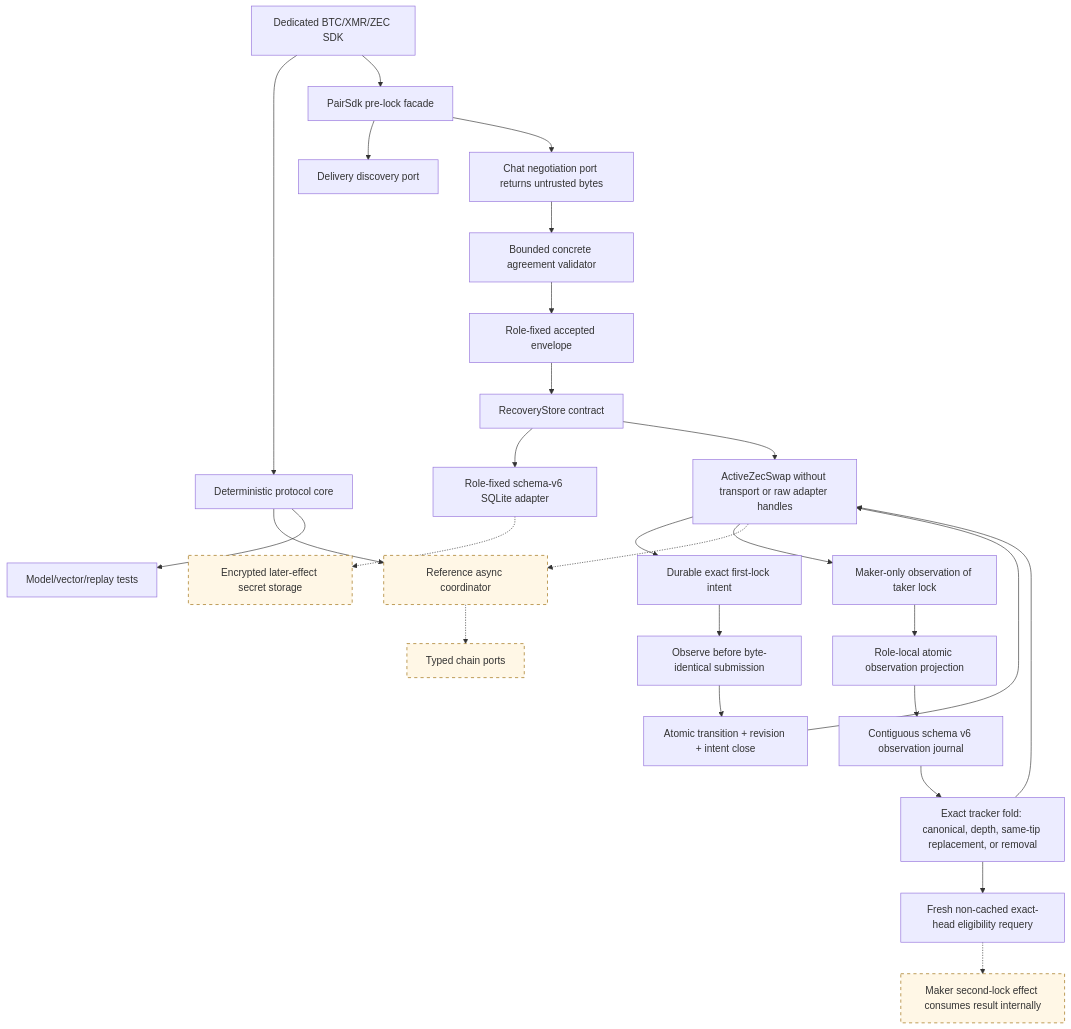
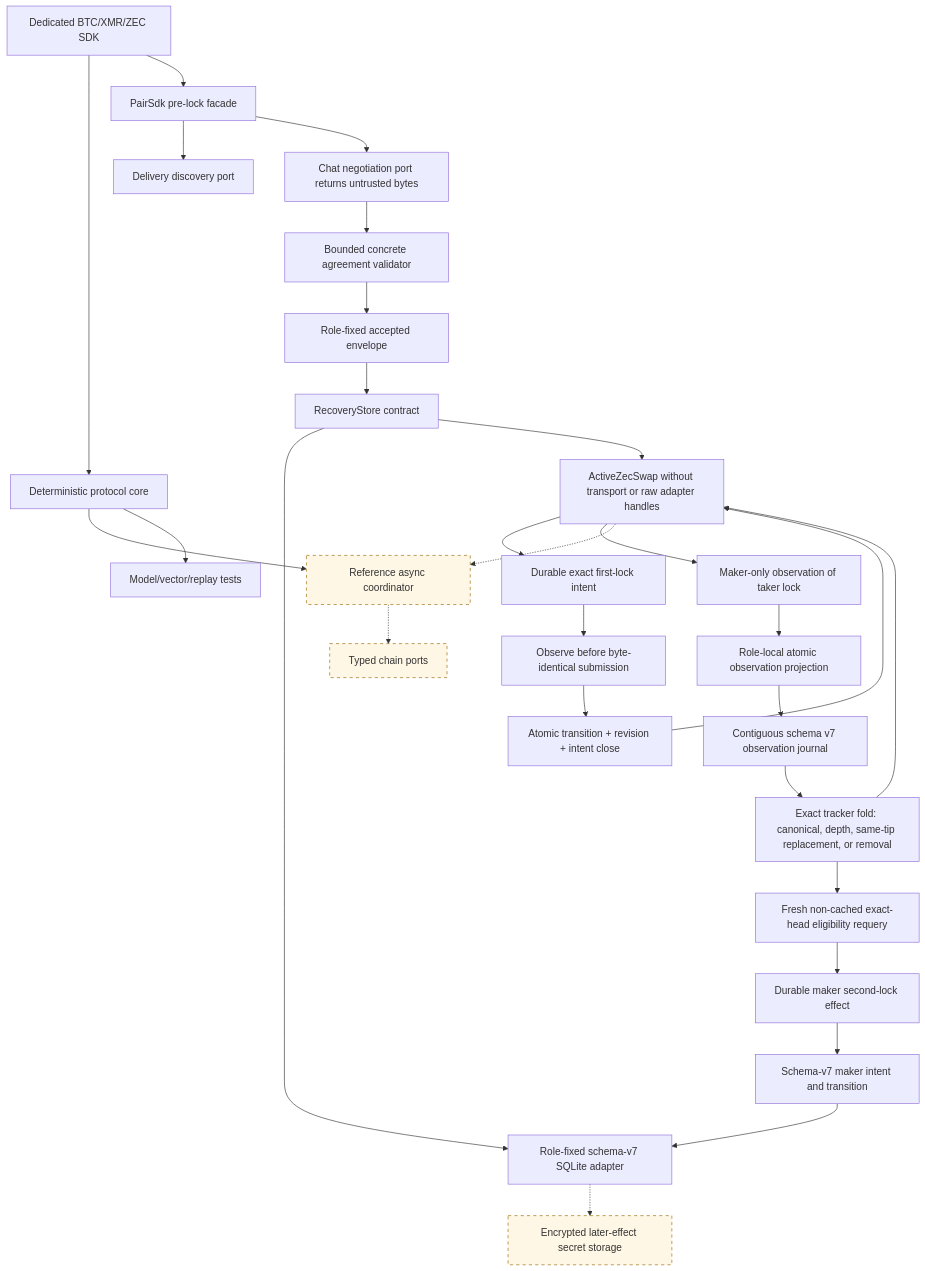
One commit to gateway-fm/lez-atomic-swaps changed the diagram in docs/architecture/0013-sdk-layering.md. Above: the diagram before and after it, drawn with Mermaid. The commit also changed other lines of this file and 24 other files, not shown here.

Commit message:
feat: persist fresh-gated maker locks

````diff
--- a/docs/architecture/0013-sdk-layering.md
+++ b/docs/architecture/0013-sdk-layering.md
@@ -7,31 +7,33 @@
 ```mermaid
 flowchart TB
     Pair["Dedicated BTC/XMR/ZEC SDK"] --> Core["Deterministic protocol core"]
     Pair --> Facade["PairSdk pre-lock facade"]
     Facade --> Discovery["Delivery discovery port"]
     Facade --> Negotiation["Chat negotiation port returns untrusted bytes"]
     Negotiation --> Validator["Bounded concrete agreement validator"]
     Validator --> Accepted["Role-fixed accepted envelope"]
     Accepted --> Store["RecoveryStore contract"]
-    Store --> SQLite["Role-fixed schema-v6 SQLite adapter"]
+    Store --> SQLite["Role-fixed schema-v7 SQLite adapter"]
     Store --> Active["ActiveZecSwap without transport or raw adapter handles"]
     Active --> Intent["Durable exact first-lock intent"]
     Intent --> Observe["Observe before byte-identical submission"]
     Observe --> Projection["Atomic transition + revision + intent close"]
     Projection --> Active
     Active --> MakerObserve["Maker-only observation of taker lock"]
     MakerObserve --> MakerProjection["Role-local atomic observation projection"]
-    MakerProjection --> Journal["Contiguous schema v6 observation journal"]
+    MakerProjection --> Journal["Contiguous schema v7 observation journal"]
     Journal --> Reconcile["Exact tracker fold: canonical, depth, same-tip replacement, or removal"]
     Reconcile --> Active
     Reconcile --> Fresh["Fresh non-cached exact-head eligibility requery"]
-    Fresh -.-> MakerEffect["Maker second-lock effect consumes result internally"]
+    Fresh --> MakerEffect["Durable maker second-lock effect"]
+    MakerEffect --> MakerIntent["Schema-v7 maker intent and transition"]
+    MakerIntent --> SQLite
     Active -.-> Runtime["Reference async coordinator"]
     Runtime -.-> Nodes["Typed chain ports"]
     SQLite -.-> Encrypted["Encrypted later-effect secret storage"]
     Core --> Runtime
     Core --> Tests["Model/vector/replay tests"]
 
     classDef planned stroke-dasharray: 5 5,fill:#fff7e6,stroke:#9a6700;
-    class Runtime,Nodes,Encrypted,MakerEffect planned;
+    class Runtime,Nodes,Encrypted planned;
 ```
````
